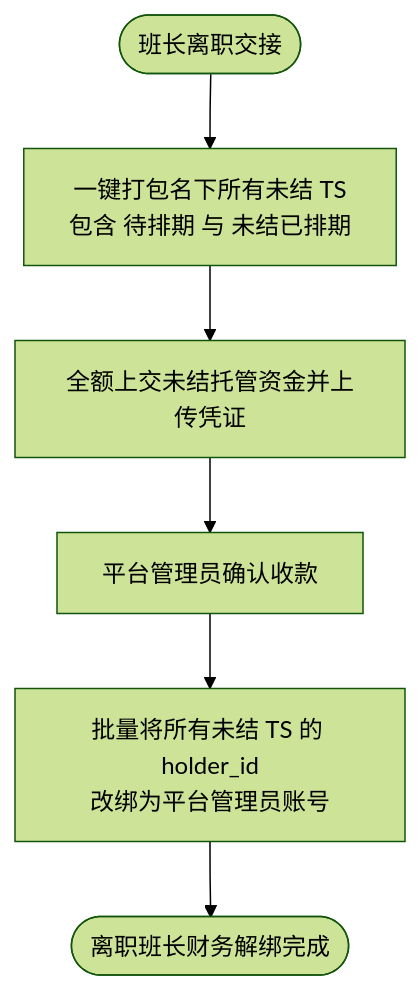
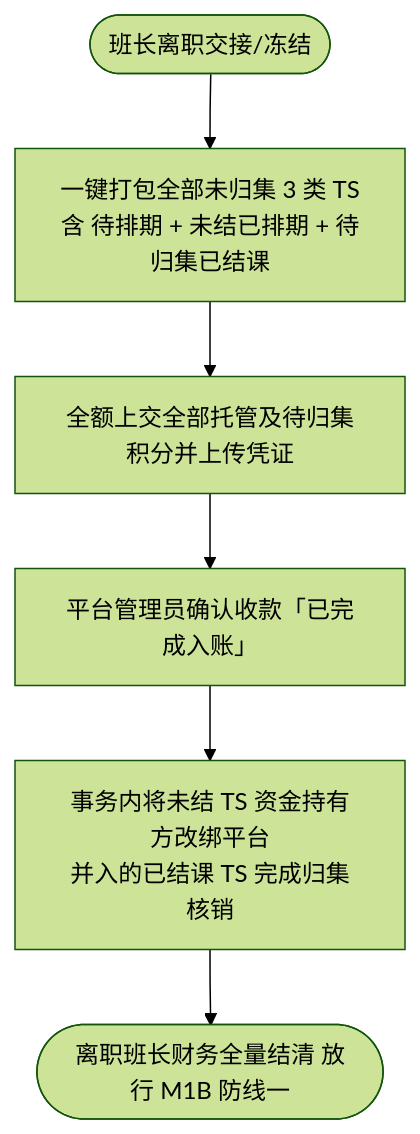
Before and after one commit to Onezao/dream: the fifth of 5 diagrams in docs/prd/m5a_transfer_collection.md, drawn with Mermaid (forest theme). The commit also changed other lines of this file and 38 other files, not shown here.

````diff
--- a/docs/prd/m5a_transfer_collection.md
+++ b/docs/prd/m5a_transfer_collection.md
@@ -451,8 +482,8 @@
 ```mermaid
 flowchart TD
-    ResignStart([班长离职交接]) --> PackUnfinished[一键打包名下所有未结 TS\n包含 待排期 与 未结已排期]
-    PackUnfinished --> PayPlatform[全额上交未结托管资金并上传凭证]
-    PayPlatform --> AdminConfirmResign[平台管理员确认收款]
-    AdminConfirmResign --> RebindHolder[批量将所有未结 TS 的 holder_id\n改绑为平台管理员账号]
-    RebindHolder --> ResignEnd([离职班长财务解绑完成])
+    ResignStart([班长离职交接/冻结]) --> PackUnfinished["一键打包全部未归集 3 类 TS\n含 待排期 + 未结已排期 + 待归集已结课"]
+    PackUnfinished --> PayPlatform[全额上交全部托管及待归集积分并上传凭证]
+    PayPlatform --> AdminConfirmResign[平台管理员确认收款「已完成入账」]
+    AdminConfirmResign --> RebindHolder["事务内将未结 TS 资金持有方改绑平台\n并入的已结课 TS 完成归集核销"]
+    RebindHolder --> ResignEnd([离职班长财务全量结清 放行 M1B 防线一])
 ```
````
